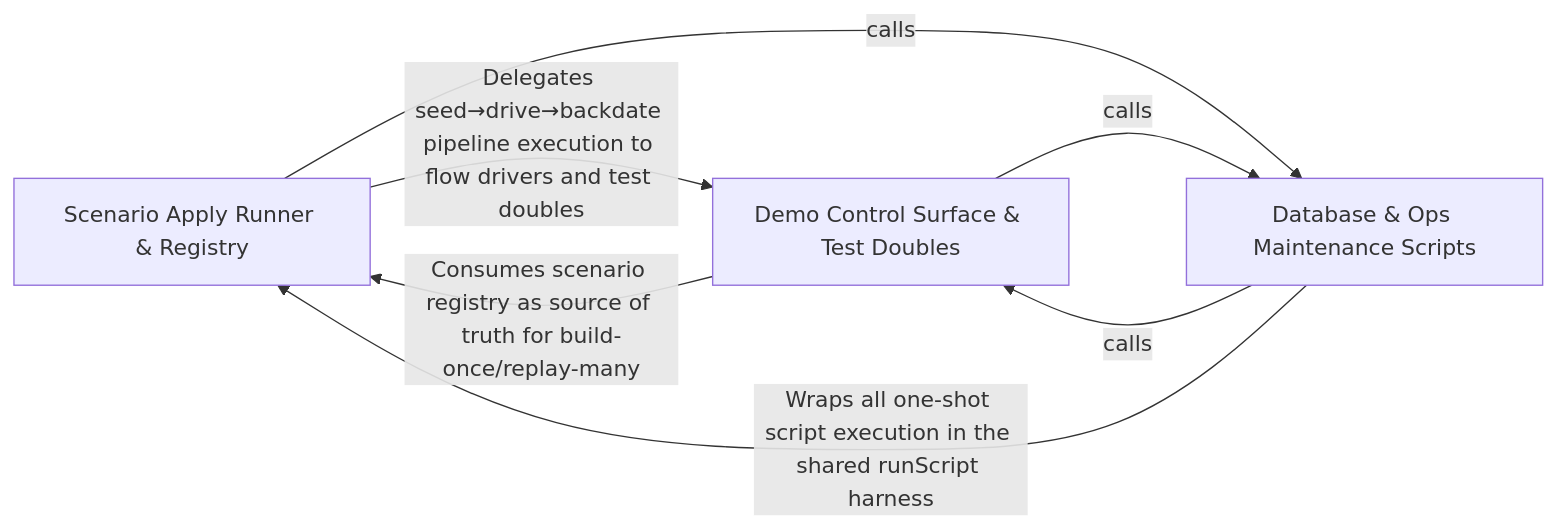
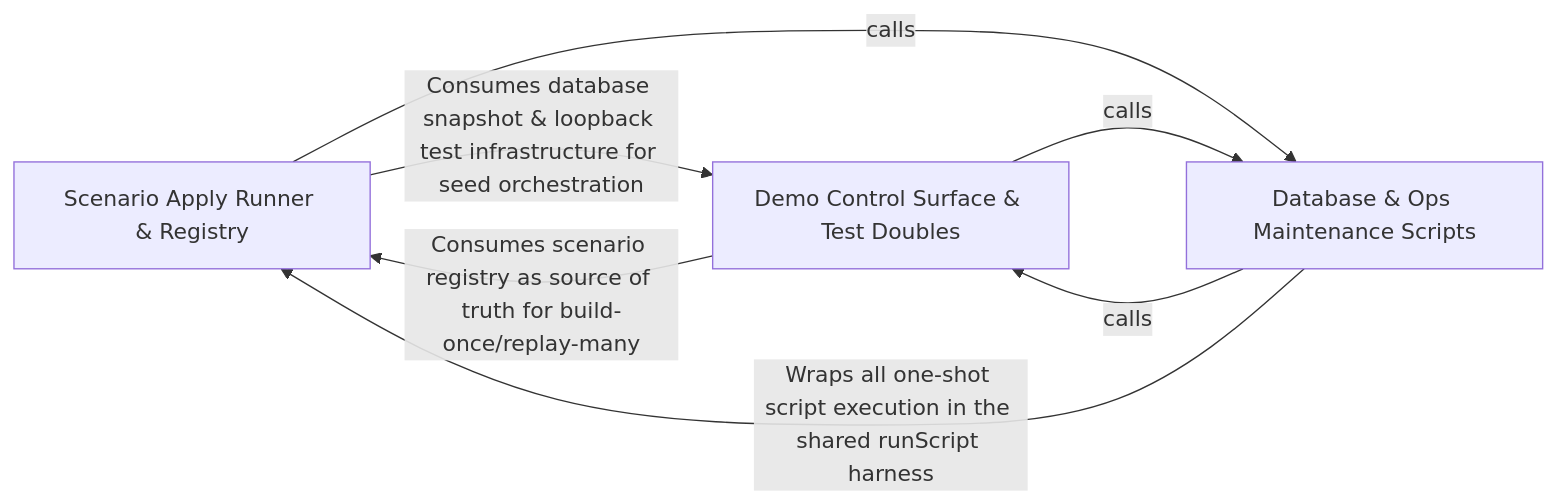
The diagram in .2brain/arch/Scenario_Runner_Apply_.md (Guebbit/boilerplate-node-backend), drawn with Mermaid before and after one commit. The commit also changed other lines of this file and 627 other files, not shown here.

````diff
--- a/.2brain/arch/Scenario_Runner_Apply_.md
+++ b/.2brain/arch/Scenario_Runner_Apply_.md
@@ -10,15 +10,15 @@
 ```mermaid
 graph LR
     Scenario_Apply_Runner_Registry["Scenario Apply Runner & Registry"]
     Demo_Control_Surface_Test_Doubles["Demo Control Surface & Test Doubles"]
     Database_Ops_Maintenance_Scripts["Database & Ops Maintenance Scripts"]
-    Scenario_Apply_Runner_Registry -- "Delegates seed→drive→backdate pipeline execution to flow drivers and test doubles" --> Demo_Control_Surface_Test_Doubles
+    Scenario_Apply_Runner_Registry -- "Consumes database snapshot & loopback test infrastructure for seed orchestration" --> Demo_Control_Surface_Test_Doubles
     Scenario_Apply_Runner_Registry -- "calls" --> Database_Ops_Maintenance_Scripts
     Demo_Control_Surface_Test_Doubles -- "Consumes scenario registry as source of truth for build-once/replay-many" --> Scenario_Apply_Runner_Registry
     Demo_Control_Surface_Test_Doubles -- "calls" --> Database_Ops_Maintenance_Scripts
     Database_Ops_Maintenance_Scripts -- "calls" --> Demo_Control_Surface_Test_Doubles
     Database_Ops_Maintenance_Scripts -- "Wraps all one-shot script execution in the shared runScript harness" --> Scenario_Apply_Runner_Registry
     click Scenario_Apply_Runner_Registry href "./Scenario_Apply_Runner_Registry.md" "Details"
     click Demo_Control_Surface_Test_Doubles href "./Demo_Control_Surface_Test_Doubles.md" "Details"
     click Database_Ops_Maintenance_Scripts href "./Database_Ops_Maintenance_Scripts.md" "Details"
 ```
````
